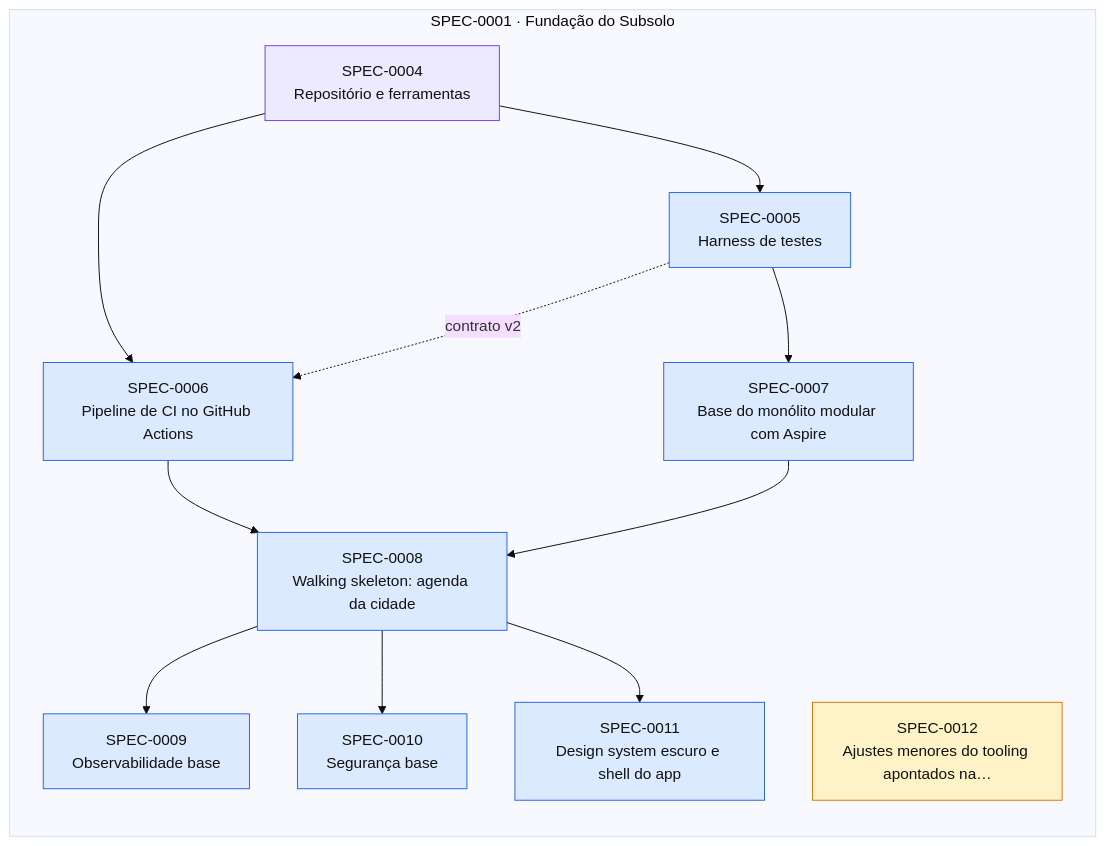
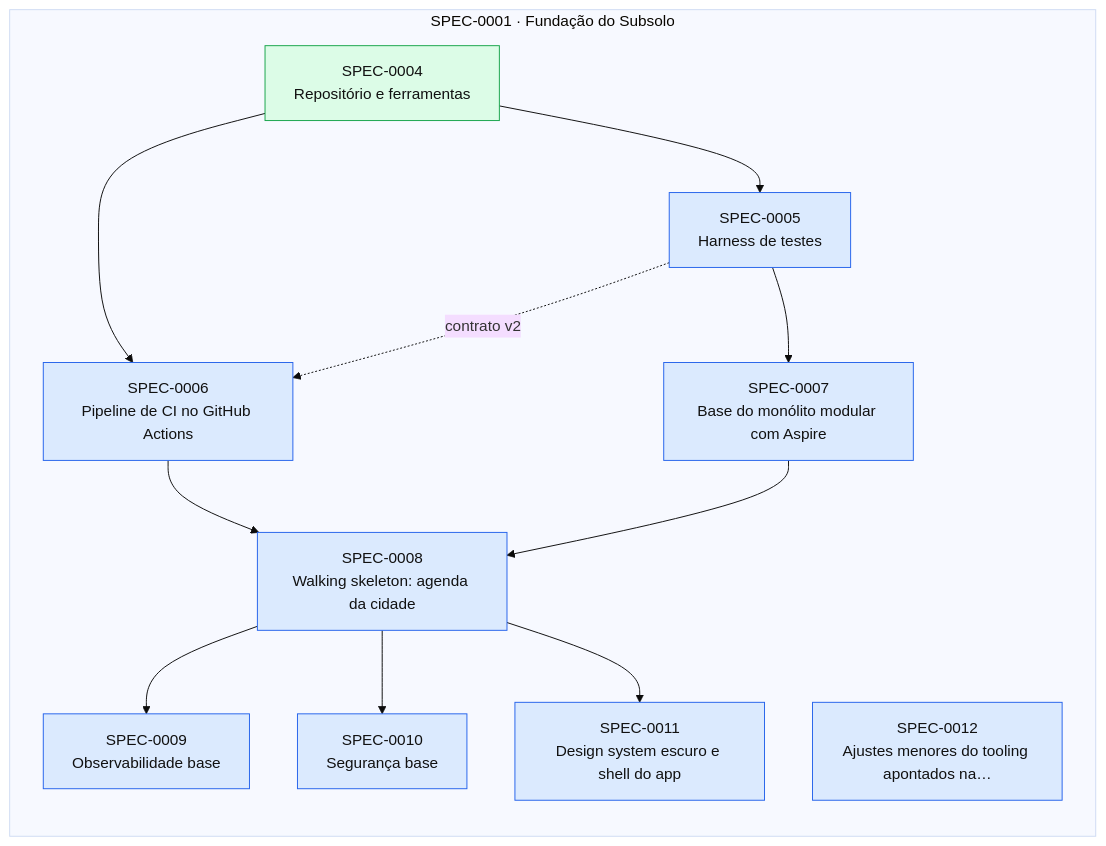
One commit to thomasravache/subsolo changed the diagram in docs/specs/INDEX.md. Above: the diagram before and after it, drawn with Mermaid (base theme). The commit also changed other lines of this file and 2 other files, not shown here.

First line of the commit message:
docs(sdd): mark repository tooling implemented and approve SPEC-0012

````diff
--- a/docs/specs/INDEX.md
+++ b/docs/specs/INDEX.md
@@ -69,28 +68,28 @@
 ```mermaid
 flowchart LR
   subgraph E0001["SPEC-0001 · Fundação do Subsolo"]
-    S0004["SPEC-0004<br/>Repositório e ferramentas"]:::inprogress
+    S0004["SPEC-0004<br/>Repositório e ferramentas"]:::implemented
     S0005["SPEC-0005<br/>Harness de testes"]:::approved
     S0006["SPEC-0006<br/>Pipeline de CI no GitHub Actions"]:::approved
     S0007["SPEC-0007<br/>Base do monólito modular com Aspire"]:::approved
     S0008["SPEC-0008<br/>Walking skeleton: agenda da cidade"]:::approved
     S0009["SPEC-0009<br/>Observabilidade base"]:::approved
     S0010["SPEC-0010<br/>Segurança base"]:::approved
     S0011["SPEC-0011<br/>Design system escuro e shell do app"]:::approved
-    S0012["SPEC-0012<br/>Ajustes menores do tooling apontados na…"]:::proposed
+    S0012["SPEC-0012<br/>Ajustes menores do tooling apontados na…"]:::approved
   end
   S0004 --> S0005
   S0004 --> S0006
   S0005 -. contrato v2 .-> S0006
   S0005 --> S0007
   S0006 --> S0008
   S0007 --> S0008
   S0008 --> S0009
   S0008 --> S0010
   S0008 --> S0011
   classDef proposed fill:#fef3c7,stroke:#d97706,color:#111
   classDef approved fill:#dbeafe,stroke:#2563eb,color:#111
   classDef inprogress fill:#ede9fe,stroke:#7c3aed,color:#111
   classDef implemented fill:#dcfce7,stroke:#16a34a,color:#111
   classDef deprecated fill:#f3f4f6,stroke:#9ca3af,color:#6b7280
 ```
````
